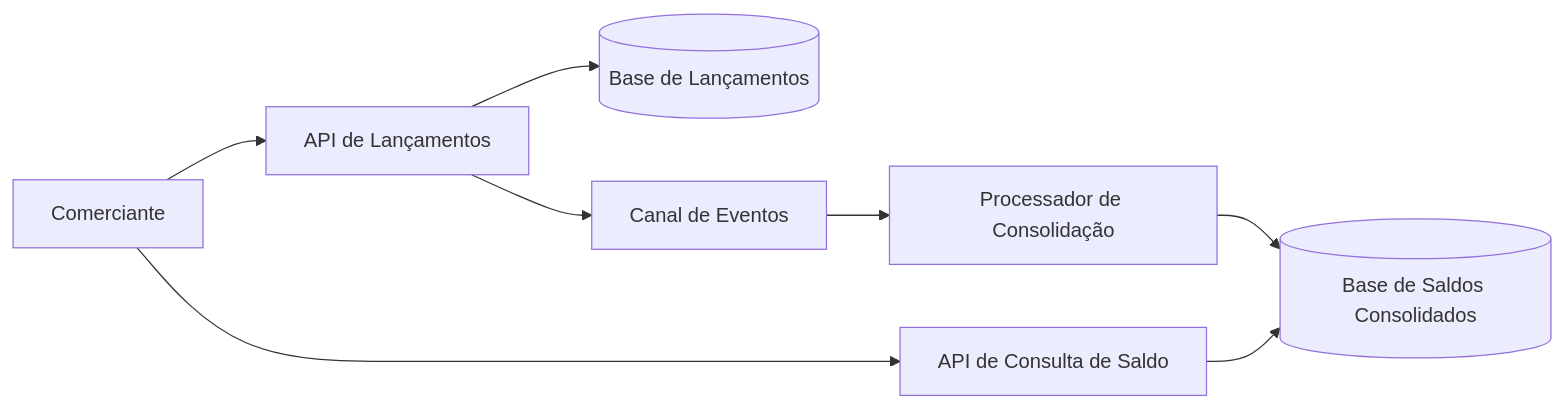
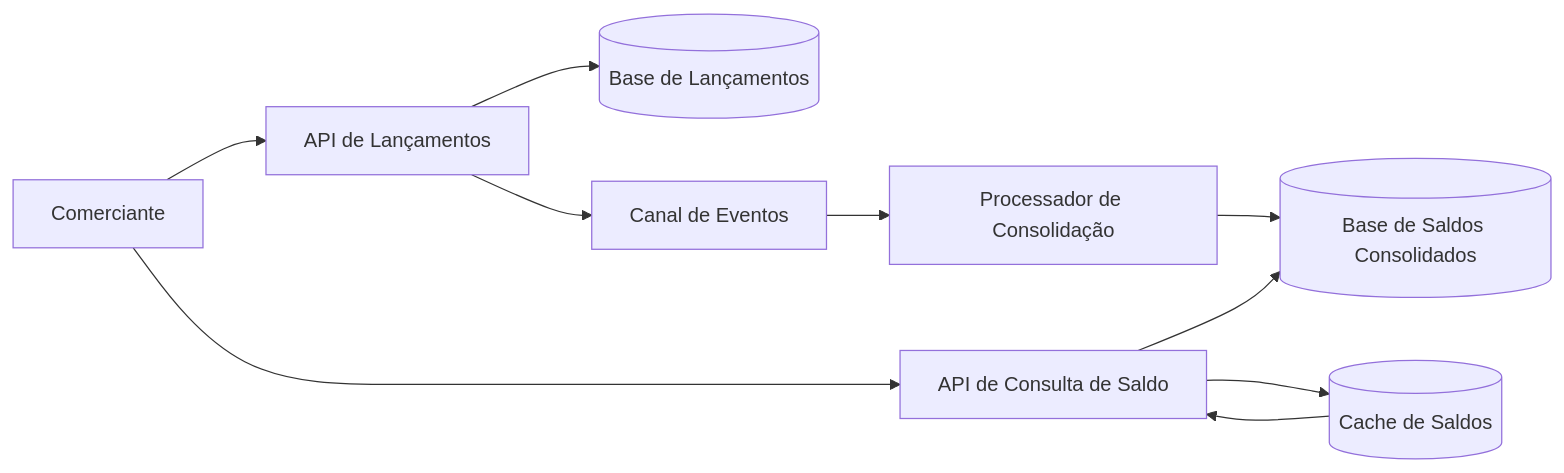
Before and after one commit to vanessabrava/cash-flow-architecture: the diagram in docs/04-arquitetura-logica.md, drawn with Mermaid. The commit also changed other lines of this file and 24 other files, not shown here.

Commit message:
feat: adiciona api key e cache redis

````diff
--- a/docs/04-arquitetura-logica.md
+++ b/docs/04-arquitetura-logica.md
@@ -11,13 +11,15 @@
 ```mermaid
 flowchart LR
     User[Comerciante] --> EntryApi[API de Lançamentos]
     User --> BalanceApi[API de Consulta de Saldo]
 
     EntryApi --> EntryStore[(Base de Lançamentos)]
     EntryApi --> EventChannel[Canal de Eventos]
 
     EventChannel --> ConsolidationWorker[Processador de Consolidação]
     ConsolidationWorker --> BalanceStore[(Base de Saldos Consolidados)]
 
+    BalanceApi --> BalanceCache[(Cache de Saldos)]
+    BalanceCache --> BalanceApi
     BalanceApi --> BalanceStore
 ```
````
